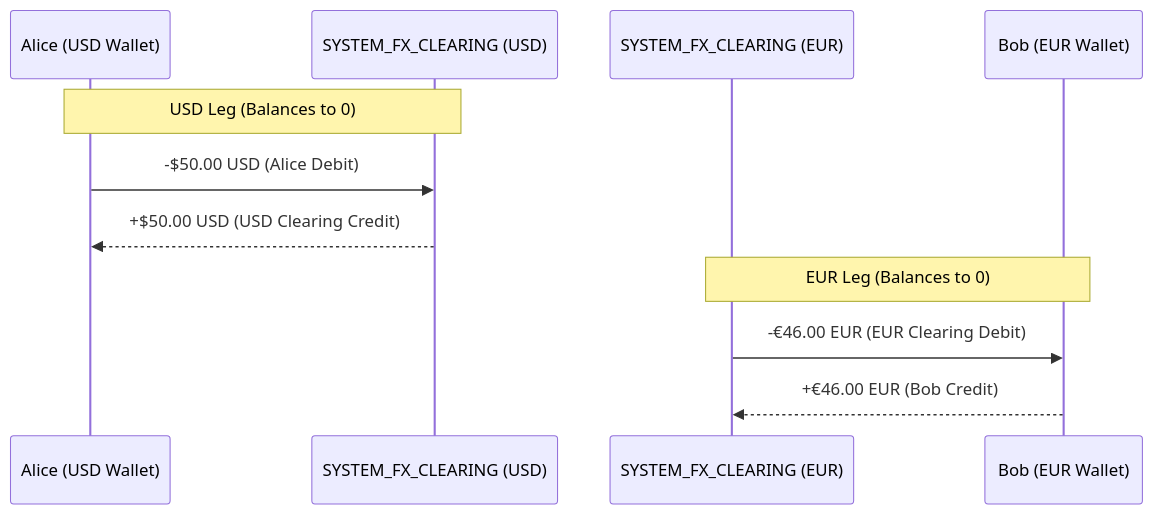
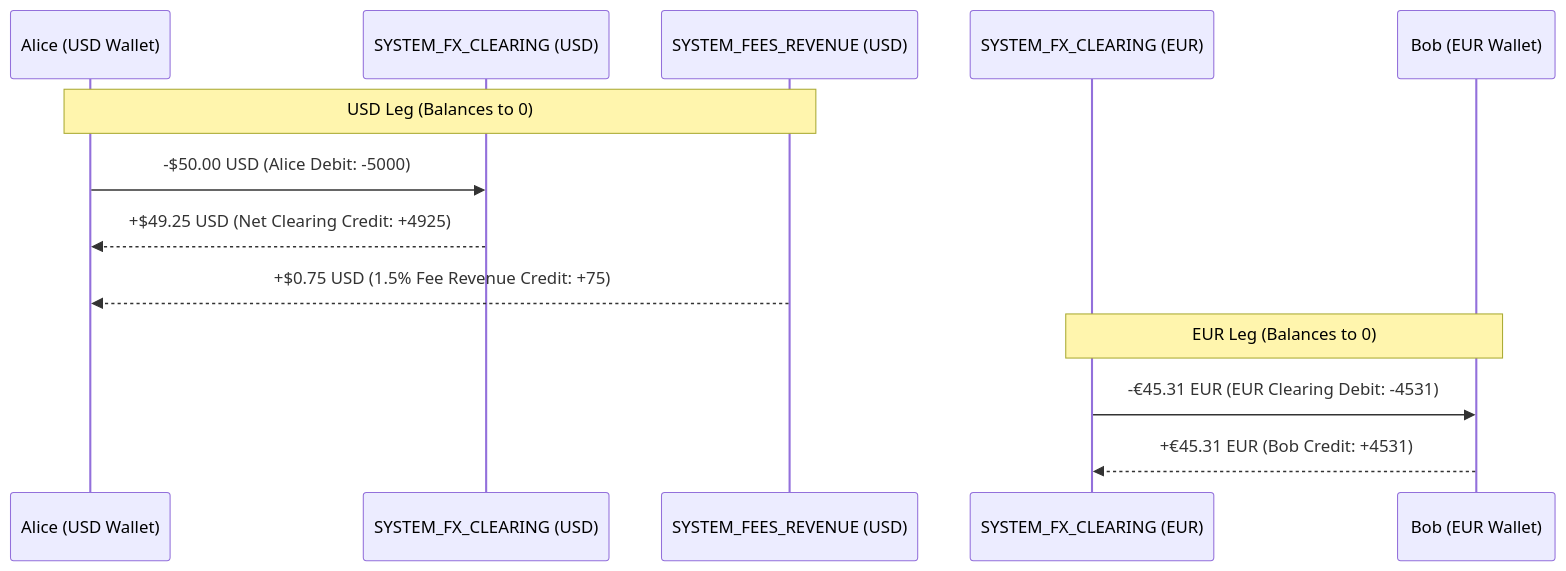
Before and after one commit to Sanskar2298/digitalwallet-: the third of 4 diagrams in README.md, drawn with Mermaid. The commit also changed other lines of this file, not shown here.

Commit message:
docs: clean up README, align diagrams with 5-entry fee flow, fix formatting and roadmap

````diff
--- a/README.md
+++ b/README.md
@@ -136,15 +147,17 @@
 ```mermaid
 sequenceDiagram
     participant Alice as Alice (USD Wallet)
     participant ClearingUSD as SYSTEM_FX_CLEARING (USD)
+    participant RevenueUSD as SYSTEM_FEES_REVENUE (USD)
     participant ClearingEUR as SYSTEM_FX_CLEARING (EUR)
     participant Bob as Bob (EUR Wallet)
 
-    Note over Alice,ClearingUSD: USD Leg (Balances to 0)
-    Alice->>ClearingUSD: -$50.00 USD (Alice Debit)
-    ClearingUSD-->>Alice: +$50.00 USD (USD Clearing Credit)
+    Note over Alice,RevenueUSD: USD Leg (Balances to 0)
+    Alice->>ClearingUSD: -$50.00 USD (Alice Debit: -5000)
+    ClearingUSD-->>Alice: +$49.25 USD (Net Clearing Credit: +4925)
+    RevenueUSD-->>Alice: +$0.75 USD (1.5% Fee Revenue Credit: +75)
 
     Note over ClearingEUR,Bob: EUR Leg (Balances to 0)
-    ClearingEUR->>Bob: -€46.00 EUR (EUR Clearing Debit)
-    Bob-->>ClearingEUR: +€46.00 EUR (Bob Credit)
+    ClearingEUR->>Bob: -€45.31 EUR (EUR Clearing Debit: -4531)
+    Bob-->>ClearingEUR: +€45.31 EUR (Bob Credit: +4531)
 ```
````
